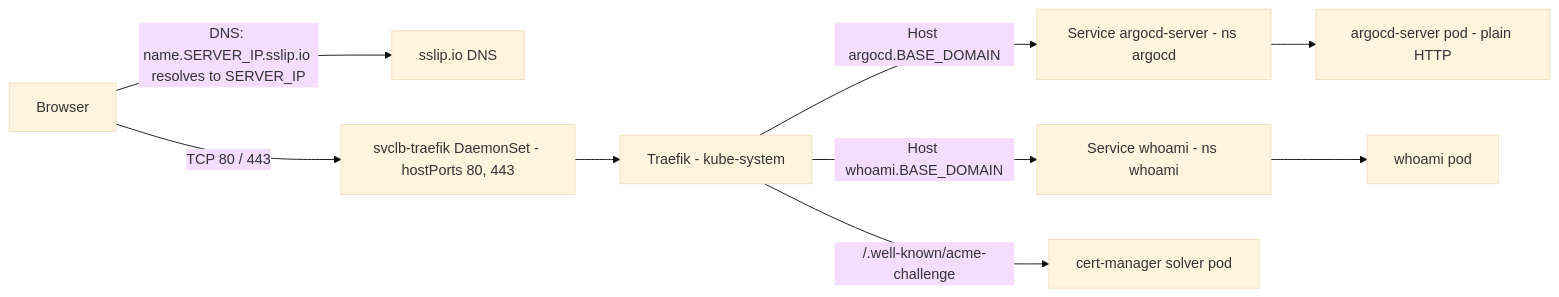
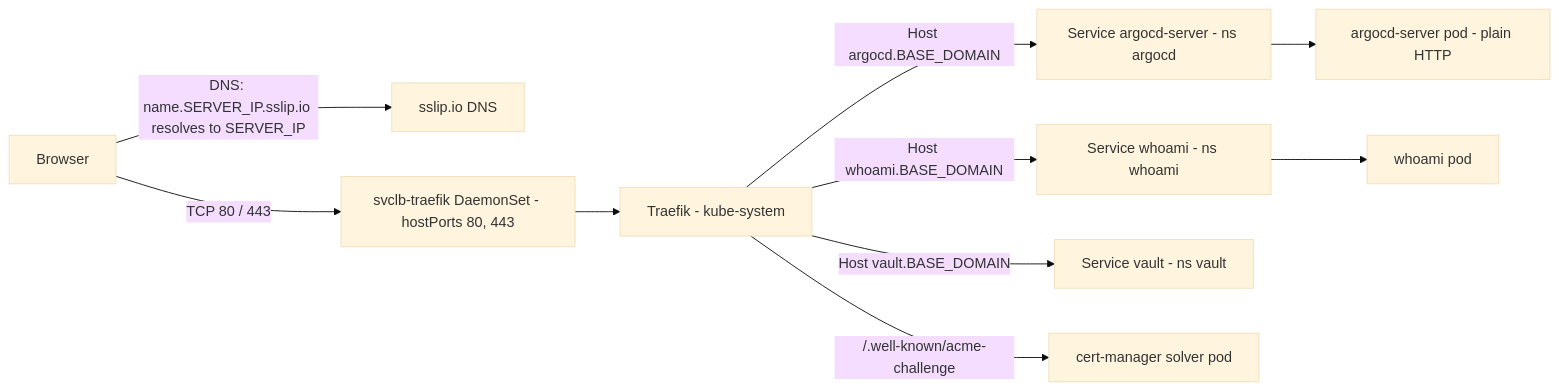
The second of 2 diagrams in docs/architecture.md (Elouel/homelab), drawn with Mermaid (base theme) before and after one commit. The commit also changed other lines of this file and 29 other files, not shown here.

````diff
--- a/docs/architecture.md
+++ b/docs/architecture.md
@@ -52,11 +52,12 @@
 ```mermaid
 flowchart LR
   U["Browser"] -->|"DNS: name.SERVER_IP.sslip.io resolves to SERVER_IP"| SSLIP["sslip.io DNS"]
   U -->|"TCP 80 / 443"| LB["svclb-traefik DaemonSet - hostPorts 80, 443"]
   LB --> T["Traefik - kube-system"]
   T -->|"Host argocd.BASE_DOMAIN"| A["Service argocd-server - ns argocd"]
   T -->|"Host whoami.BASE_DOMAIN"| W["Service whoami - ns whoami"]
+  T -->|"Host vault.BASE_DOMAIN"| V["Service vault - ns vault"]
   T -->|"/.well-known/acme-challenge"| S["cert-manager solver pod"]
   A --> AP["argocd-server pod - plain HTTP"]
   W --> WP["whoami pod"]
 ```
````
